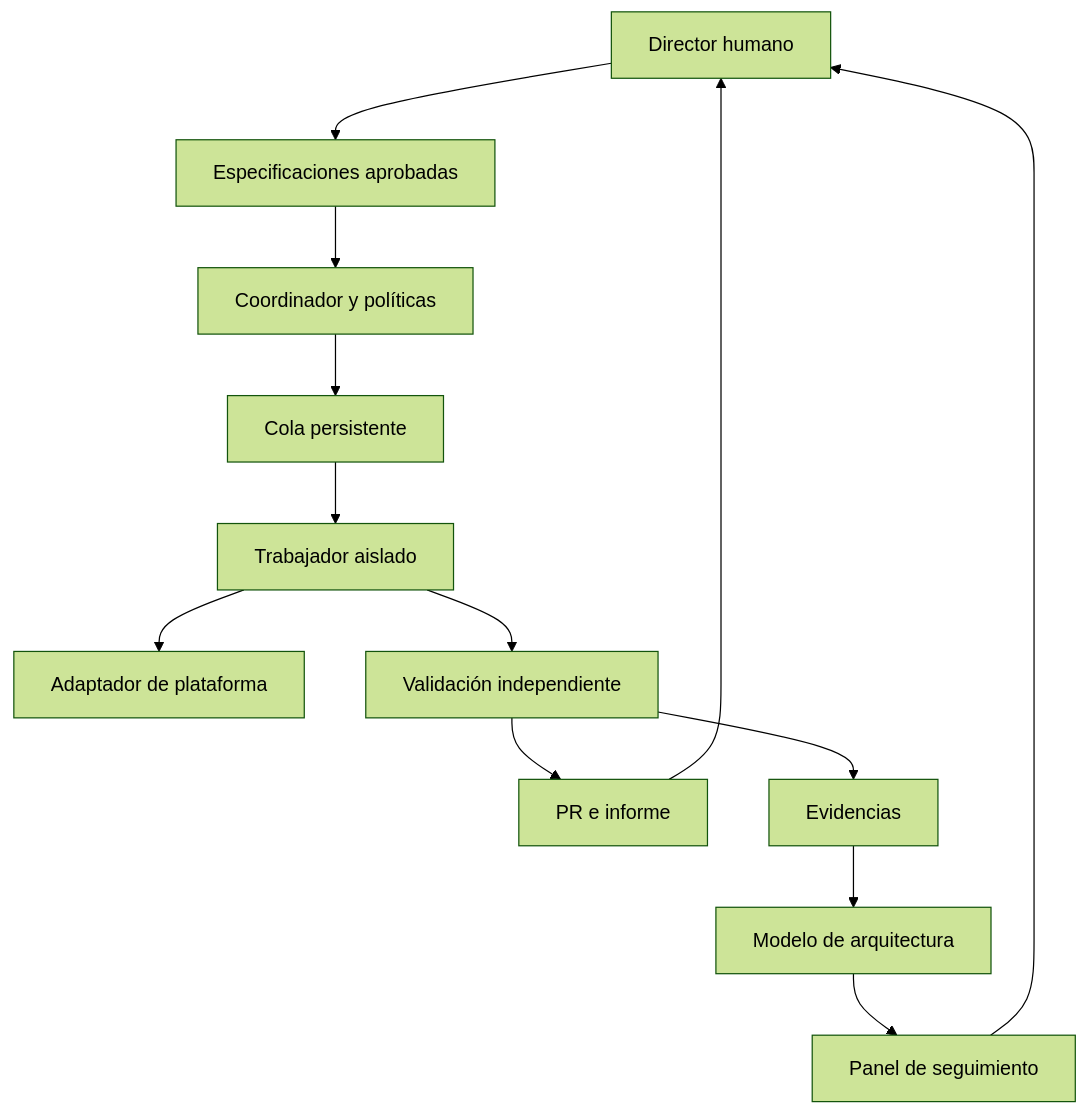
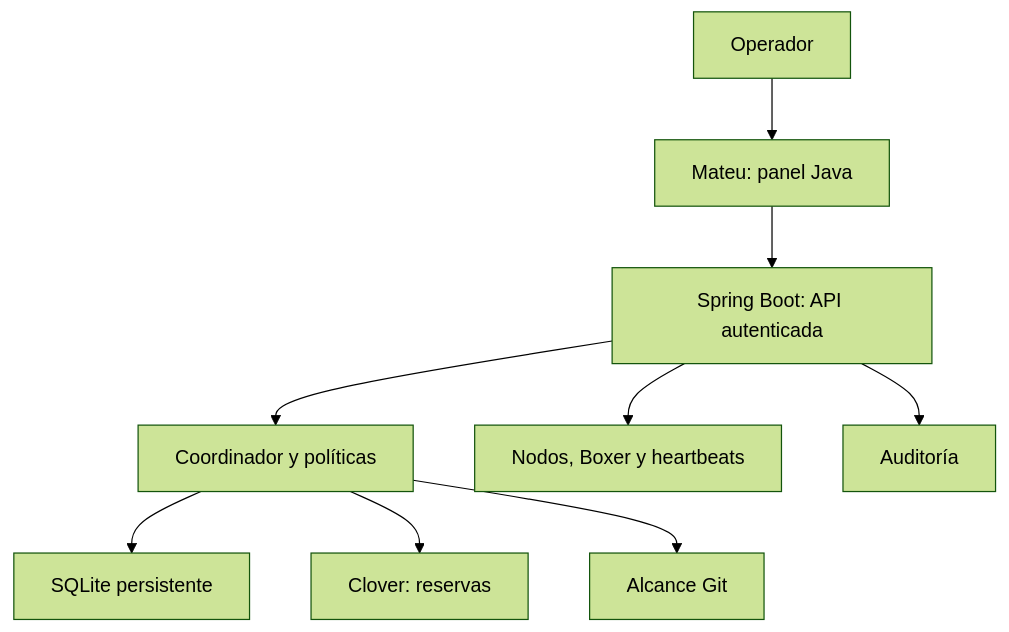
Before and after one commit to alejbormeg/AgentFarm: the diagram in docs/PLAN.md, drawn with Mermaid (forest theme). The commit also changed other lines of this file and 61 other files, not shown here.

Commit message:
Migrate AgentFarm to Java Spring Boot and Mateu with WSL installation

````diff
--- a/docs/PLAN.md
+++ b/docs/PLAN.md
@@ -26,15 +17,11 @@
 ```mermaid
 flowchart TD
- H[Director humano] --> S[Especificaciones aprobadas]
- S --> C[Coordinador y políticas]
- C --> Q[Cola persistente]
- Q --> W[Trabajador aislado]
- W --> A[Adaptador de plataforma]
- W --> V[Validación independiente]
- V --> P[PR e informe]
- P --> H
- V --> E[Evidencias]
- E --> M[Modelo de arquitectura]
- M --> D[Panel de seguimiento]
- D --> H
+    H[Operador] --> UI[Mateu: panel Java]
+    UI --> API[Spring Boot: API autenticada]
+    API --> C[Coordinador y políticas]
+    C --> DB[SQLite persistente]
+    C --> B[Clover: reservas]
+    C --> S[Alcance Git]
+    API --> R[Nodos, Boxer y heartbeats]
+    API --> A[Auditoría]
 ```
````
